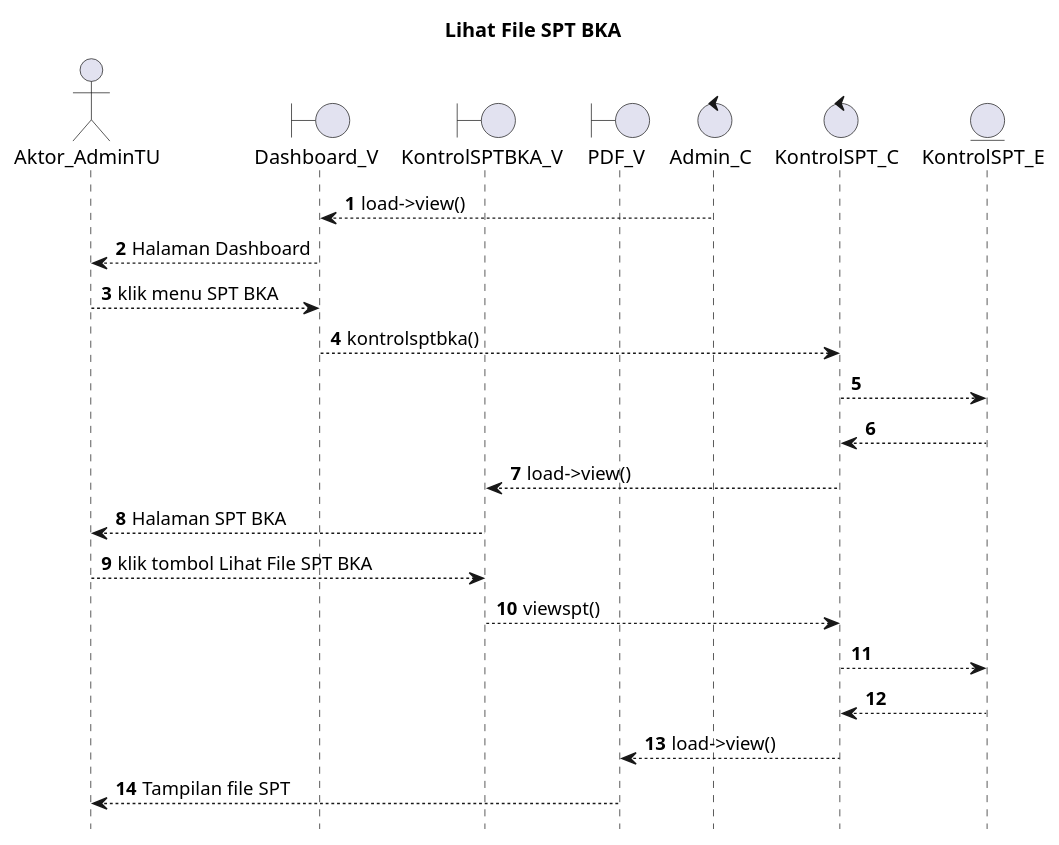
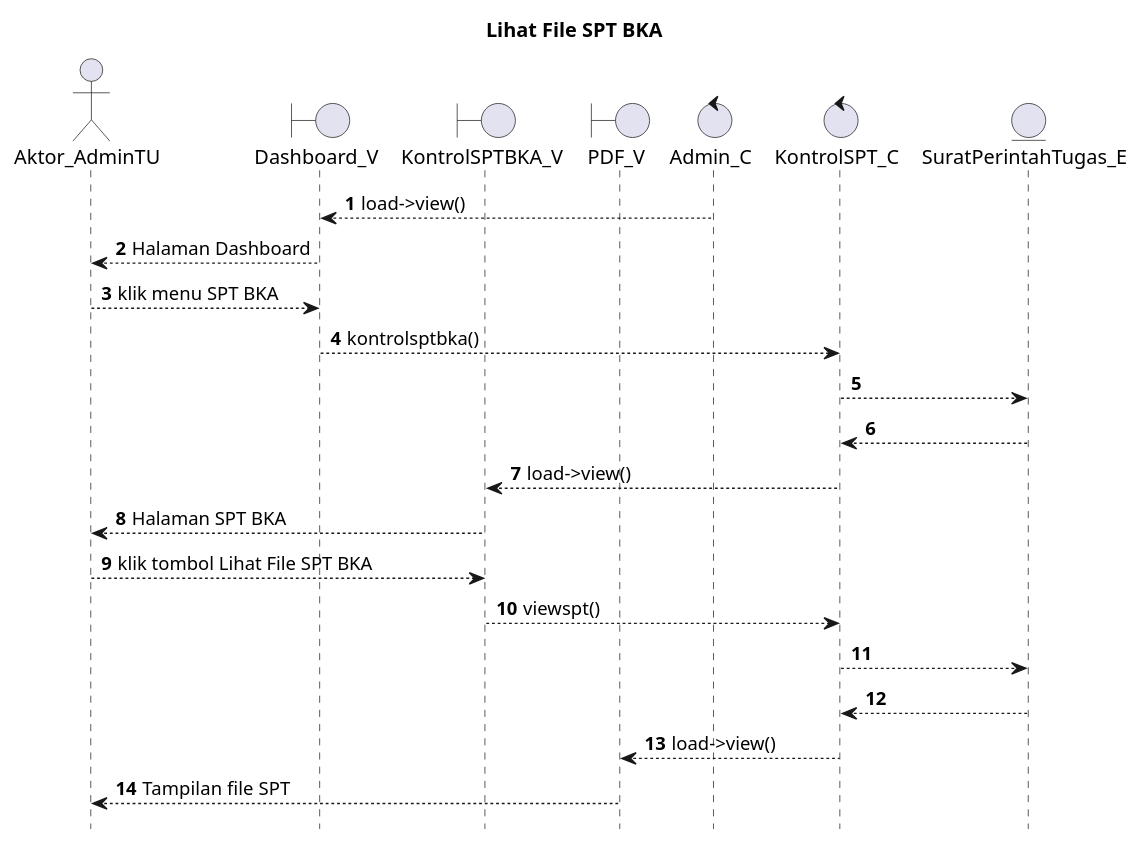
The diagram in UML/admin tu/ViewFileSPTBKA.puml (kurniado729/sistem_kp), drawn with PlantUML before and after one commit. The commit also changed 44 other files, not shown here.

Commit message:
uml pemberitahuan

```diff
--- a/UML/admin tu/ViewFileSPTBKA.puml
+++ b/UML/admin tu/ViewFileSPTBKA.puml
@@ -1,33 +1,33 @@
 @startuml
 
 autonumber
 hide footbox
 title Lihat File SPT BKA
 
 Actor Aktor_AdminTU
 boundary Dashboard_V
 boundary KontrolSPTBKA_V
 boundary PDF_V
 control Admin_C
 control KontrolSPT_C
-Entity KontrolSPT_E
+Entity SuratPerintahTugas_E
 
 Admin_C --> Dashboard_V: load->view()
 Dashboard_V --> Aktor_AdminTU: Halaman Dashboard
 Aktor_AdminTU --> Dashboard_V: klik menu SPT BKA
 Dashboard_V --> KontrolSPT_C: kontrolsptbka()
-KontrolSPT_C --> KontrolSPT_E:
+KontrolSPT_C --> SuratPerintahTugas_E:
     
-    KontrolSPT_E --> KontrolSPT_C:
+    SuratPerintahTugas_E --> KontrolSPT_C:
     KontrolSPT_C --> KontrolSPTBKA_V: load->view()
     KontrolSPTBKA_V --> Aktor_AdminTU: Halaman SPT BKA
 
 Aktor_AdminTU --> KontrolSPTBKA_V: klik tombol Lihat File SPT BKA
 KontrolSPTBKA_V --> KontrolSPT_C: viewspt()
-KontrolSPT_C --> KontrolSPT_E:
+KontrolSPT_C --> SuratPerintahTugas_E:
    
-    KontrolSPT_E --> KontrolSPT_C:
+    SuratPerintahTugas_E --> KontrolSPT_C:
     KontrolSPT_C --> PDF_V: load->view()
     PDF_V --> Aktor_AdminTU: Tampilan file SPT
 
 @enduml
```
